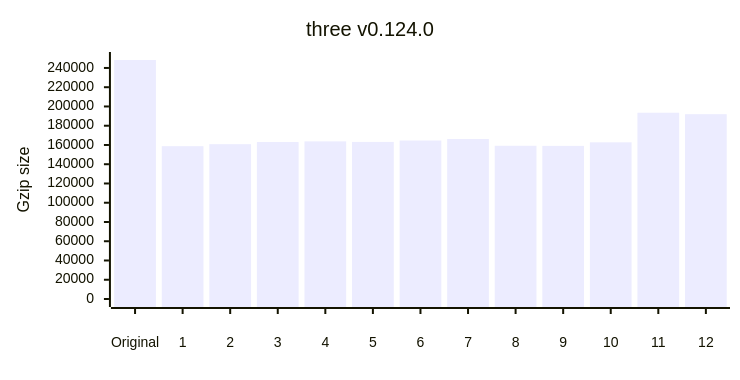
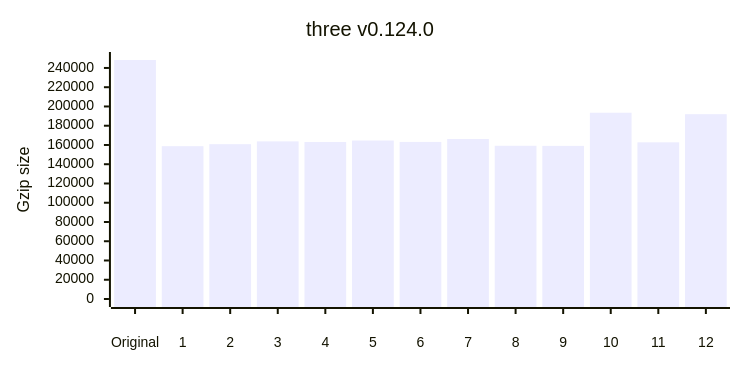
The eighth of 12 diagrams in README.md (privatenumber/minification-benchmarks), drawn with Mermaid before and after one commit. The commit also changed other lines of this file, not shown here.

````diff
--- a/README.md
+++ b/README.md
@@ -373,17 +373,17 @@
 ```mermaid
 ---
 config:
     xyChart:
         width: 720
         height: 360
         xAxis:
             labelPadding: 20
         yAxis:
             labelPadding: 10
 ---
 xychart-beta
 	title "three v0.124.0"
 	x-axis ["Original",1,2,3,4,5,6,7,8,9,10,11,12]
 	y-axis "Gzip size" 0 --> 248267
-	bar [248267,158751,160827,163036,163723,163181,164610,166210,159165,159071,162771,193471,191965]
+	bar [248267,158751,160827,163723,163036,164610,163181,166210,159165,159071,193471,162771,191965]
 ```
````
